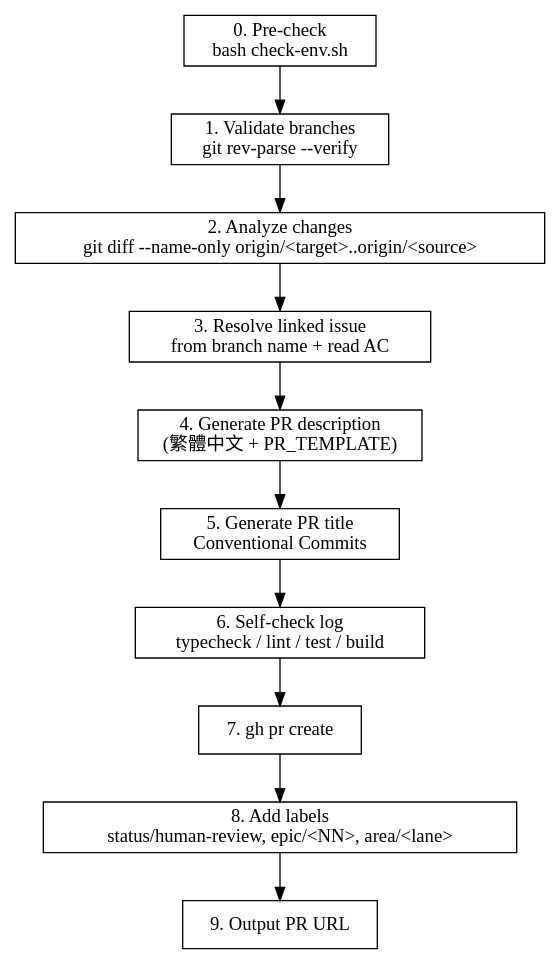
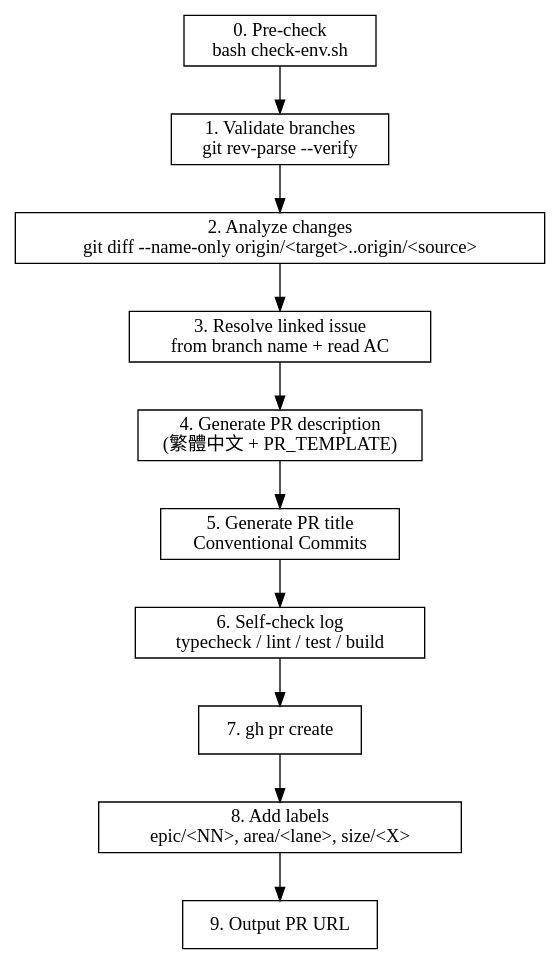
Before and after one commit to YiHeng0221/yihengwu-jko-interview: the diagram in .claude/skills/github/references/create-pr.md, drawn with Graphviz. The commit also changed other lines of this file, not shown here.

First line of the commit message:
fix(skill): remove 'status/human-review' from PR label set

````diff
--- a/.claude/skills/github/references/create-pr.md
+++ b/.claude/skills/github/references/create-pr.md
@@ -12,17 +12,17 @@
 ```dot
 digraph create_pr {
   rankdir=TB;
   node [shape=box];
   precheck   [label="0. Pre-check\nbash check-env.sh"];
   validate   [label="1. Validate branches\ngit rev-parse --verify"];
   diff       [label="2. Analyze changes\ngit diff --name-only origin/<target>..origin/<source>"];
   issue      [label="3. Resolve linked issue\nfrom branch name + read AC"];
   description[label="4. Generate PR description\n(繁體中文 + PR_TEMPLATE)"];
   title      [label="5. Generate PR title\nConventional Commits"];
   selfcheck  [label="6. Self-check log\ntypecheck / lint / test / build"];
   create     [label="7. gh pr create"];
-  label      [label="8. Add labels\nstatus/human-review, epic/<NN>, area/<lane>"];
+  label      [label="8. Add labels\nepic/<NN>, area/<lane>, size/<X>"];
   output     [label="9. Output PR URL"];
   precheck -> validate -> diff -> issue -> description -> title -> selfcheck -> create -> label -> output;
 }
 ```
````
